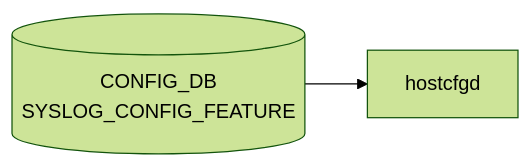
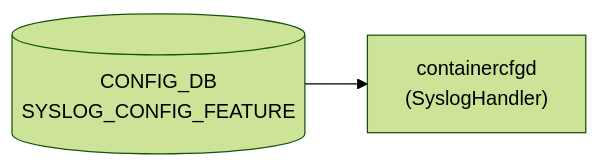
One commit to aoki-taquan/sonic-unofficial-docs changed the diagram in docs/reference/config-db/syslog-config-feature.md. Above: the diagram before and after it, drawn with Mermaid (forest theme). The commit also changed other lines of this file and 16 other files, not shown here.

````diff
--- a/docs/reference/config-db/syslog-config-feature.md
+++ b/docs/reference/config-db/syslog-config-feature.md
@@ -32,6 +32,6 @@
 ```mermaid
 flowchart LR
   CDB[("CONFIG_DB<br/>SYSLOG_CONFIG_FEATURE")]
-  DM["hostcfgd"]
+  DM["containercfgd<br/>(SyslogHandler)"]
   CDB --> DM
 ```
````
